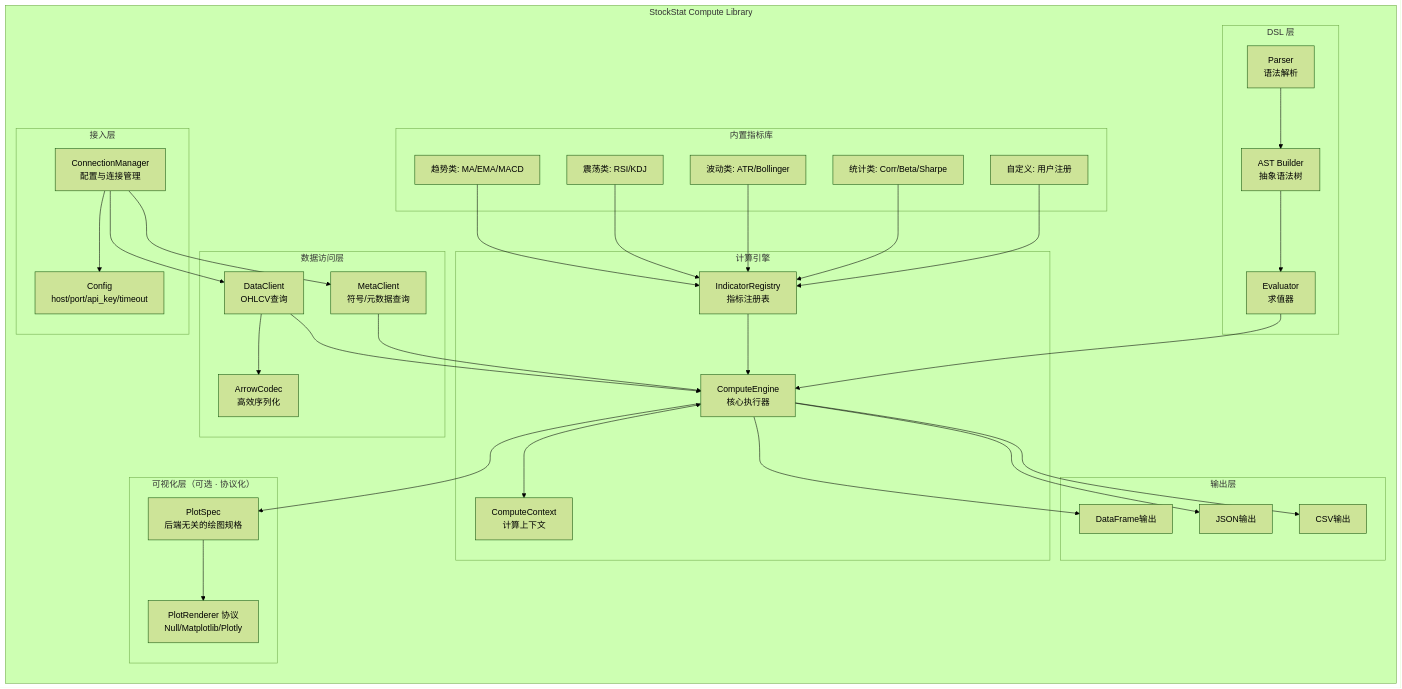
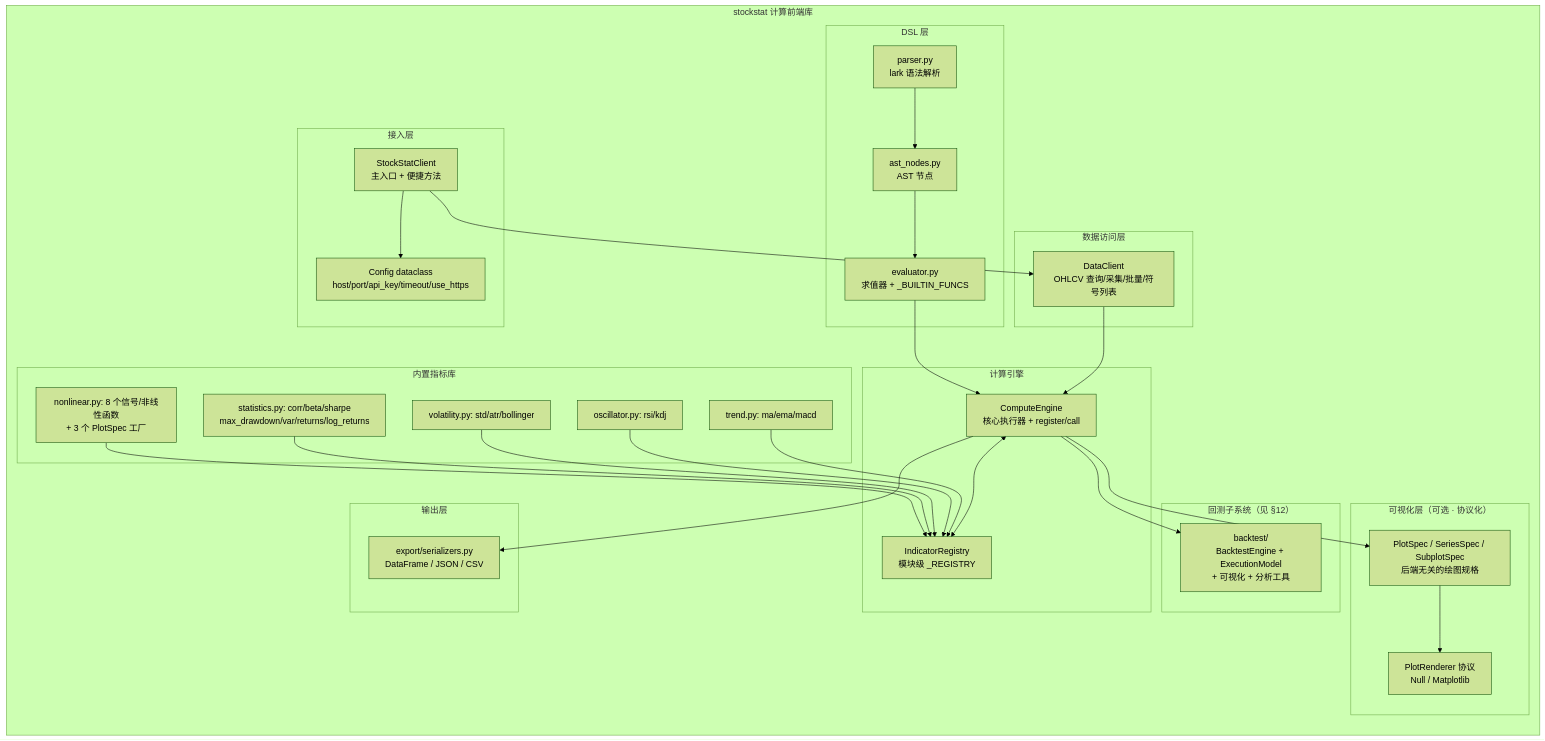
The tenth of 23 diagrams in DESIGN_CN.md (RESBI/StockStatistic), drawn with Mermaid (forest theme) before and after one commit. The commit also changed other lines of this file and 12 other files, not shown here.

````diff
--- a/DESIGN_CN.md
+++ b/DESIGN_CN.md
@@ -536,59 +478,57 @@
 ```mermaid
 graph TB
-    subgraph "StockStat Compute Library"
+    subgraph "stockstat 计算前端库"
         direction TB
-        
+
         subgraph "接入层"
-            CM[ConnectionManager<br/>配置与连接管理]
-            CFG[Config<br/>host/port/api_key/timeout]
+            CLI["StockStatClient<br/>主入口 + 便捷方法"]
+            CFG["Config dataclass<br/>host/port/api_key/timeout/use_https"]
         end
-        
+
         subgraph "数据访问层"
-            DC[DataClient<br/>OHLCV查询]
-            MC[MetaClient<br/>符号/元数据查询]
-            AR[ArrowCodec<br/>高效序列化]
+            DC["DataClient<br/>OHLCV 查询/采集/批量/符号列表"]
         end
-        
+
         subgraph "计算引擎"
-            EN[ComputeEngine<br/>核心执行器]
-            CTX[ComputeContext<br/>计算上下文]
-            REG[IndicatorRegistry<br/>指标注册表]
+            EN["ComputeEngine<br/>核心执行器 + register/call"]
+            REG["IndicatorRegistry<br/>模块级 _REGISTRY"]
         end
-        
+
         subgraph "DSL 层"
-            PARSER[Parser<br/>语法解析]
-            AST[AST Builder<br/>抽象语法树]
-            EVAL[Evaluator<br/>求值器]
+            PARSER["parser.py<br/>lark 语法解析"]
+            AST["ast_nodes.py<br/>AST 节点"]
+            EVAL["evaluator.py<br/>求值器 + _BUILTIN_FUNCS"]
         end
-        
+
         subgraph "内置指标库"
-            I1[趋势类: MA/EMA/MACD]
-            I2[震荡类: RSI/KDJ]
-            I3[波动类: ATR/Bollinger]
-            I4[统计类: Corr/Beta/Sharpe]
-            I5[自定义: 用户注册]
+            I1["trend.py: ma/ema/macd"]
+            I2["oscillator.py: rsi/kdj"]
+            I3["volatility.py: std/atr/bollinger"]
+            I4["statistics.py: corr/beta/sharpe<br/>max_drawdown/var/returns/log_returns"]
+            I5["nonlinear.py: 8 个信号/非线性函数<br/>+ 3 个 PlotSpec 工厂"]
         end
-        
+
+        subgraph "回测子系统（见 §12）"
+            BT["backtest/<br/>BacktestEngine + ExecutionModel<br/>+ 可视化 + 分析工具"]
+        end
+
+        subgraph "可视化层（可选 · 协议化）"
+            PS["PlotSpec / SeriesSpec / SubplotSpec<br/>后端无关的绘图规格"]
+            PR["PlotRenderer 协议<br/>Null / Matplotlib"]
+        end
+
         subgraph "输出层"
-            DF[DataFrame输出]
-            JSON[JSON输出]
-            CSV[CSV输出]
+            EXP["export/serializers.py<br/>DataFrame / JSON / CSV"]
         end
-        
-        subgraph "可视化层（可选 · 协议化）"
-            PS[PlotSpec<br/>后端无关的绘图规格]
-            PR[PlotRenderer 协议<br/>Null/Matplotlib/Plotly]
-        end
-        
-        CM --> CFG
-        CM --> DC & MC
-        DC --> AR
-        DC & MC --> EN
-        EN <--> CTX
-        REG --> EN
+
+        CLI --> CFG
+        CLI --> DC
+        DC --> EN
+        EN <--> REG
         PARSER --> AST --> EVAL --> EN
         I1 & I2 & I3 & I4 & I5 --> REG
-        EN --> DF & JSON & CSV
+        EN --> BT
         EN --> PS --> PR
+        EN --> EXP
     end
 ```
````
